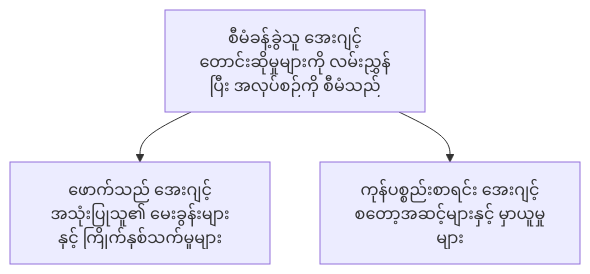
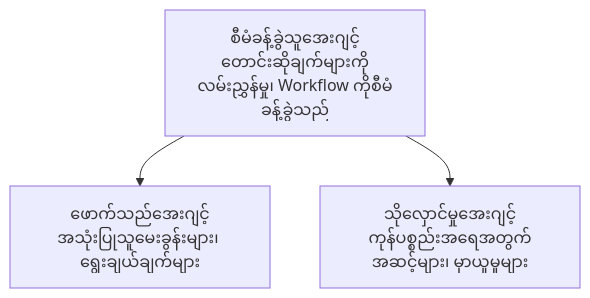
The diagram in translations/my/docs/chapter-05-multi-agent/README.md (microsoft/AZD-for-beginners), drawn with Mermaid before and after one commit. The commit also changed other lines of this file and 59 other files, not shown here.

````diff
--- a/translations/my/docs/chapter-05-multi-agent/README.md
+++ b/translations/my/docs/chapter-05-multi-agent/README.md
@@ -54,5 +54,5 @@
 ```mermaid
 graph TD
-    Orchestrator[စီမံခန့်ခွဲသူ အေးဂျင့်<br/>တောင်းဆိုမှုများကို လမ်းညွှန်ပြီး အလုပ်စဉ်ကို စီမံသည်] --> Customer[ဖောက်သည် အေးဂျင့်<br/>အသုံးပြုသူ၏ မေးခွန်းများနှင့် ကြိုက်နှစ်သက်မှုများ]
-    Orchestrator --> Inventory[ကုန်ပစ္စည်းစာရင်း အေးဂျင့်<br/>စတော့အဆင့်များနှင့် မှာယူမှုများ]
+    Orchestrator[စီမံခန့်ခွဲသူအေးဂျင့်<br/>တောင်းဆိုချက်များကိုလမ်းညွှန်မှု၊ Workflow ကိုစီမံခန့်ခွဲသည်] --> Customer[ဖောက်သည်အေးဂျင့်<br/>အသုံးပြုသူမေးခွန်းများ၊ ရွေးချယ်ချက်များ]
+    Orchestrator --> Inventory[သိုလှောင်မှုအေးဂျင့်<br/>ကုန်ပစ္စည်းအရေအတွက်အဆင့်များ၊ မှာယူမှုများ]
 ```
````
